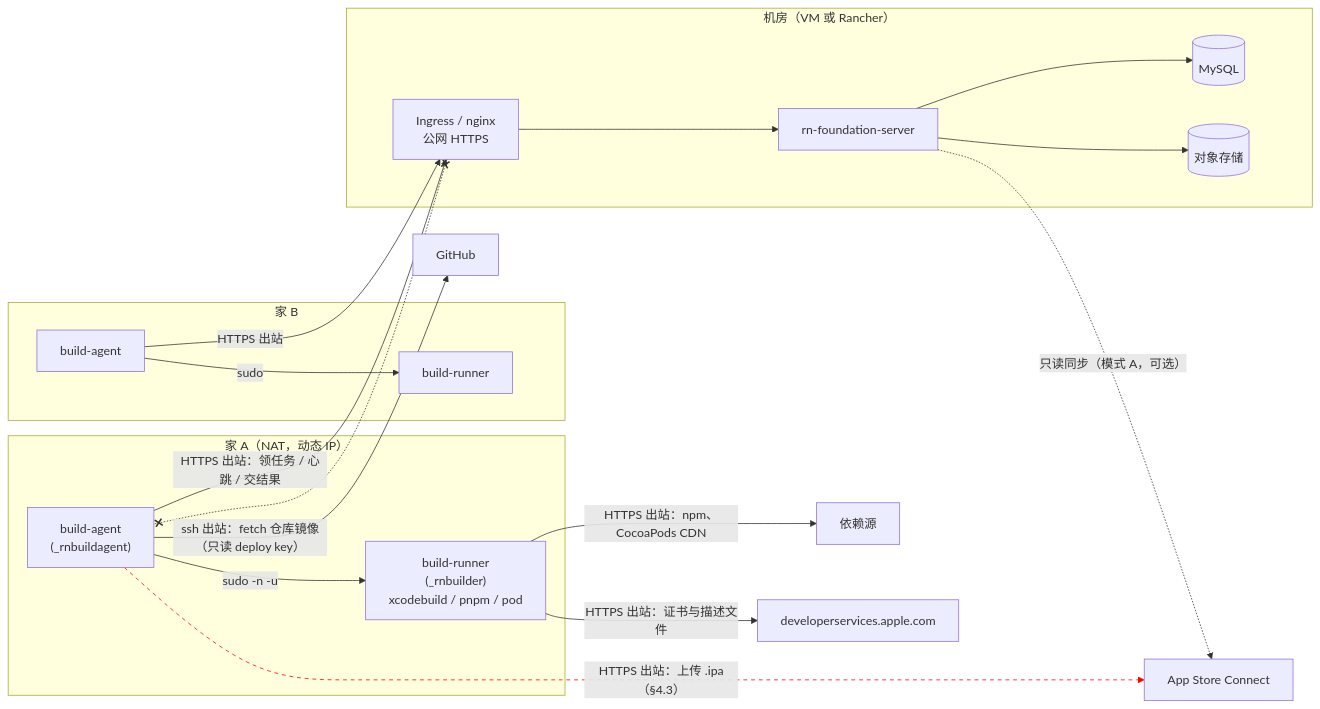
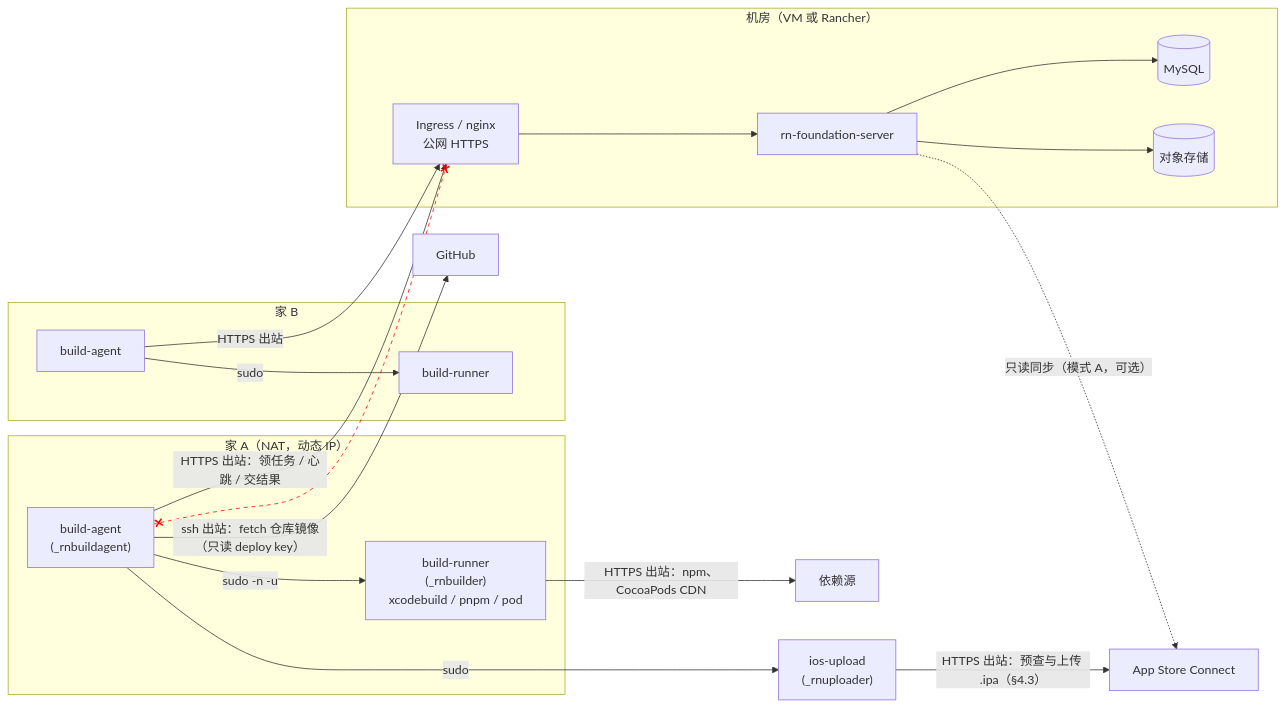
The first of 2 diagrams in docs/design/ios-mac-builders-home-network-2026-09-18.md (Helix2010/RN-Server), drawn with Mermaid before and after one commit. The commit also changed other lines of this file, not shown here.

````diff
--- a/docs/design/ios-mac-builders-home-network-2026-09-18.md
+++ b/docs/design/ios-mac-builders-home-network-2026-09-18.md
@@ -38,23 +39,23 @@
 ```mermaid
 flowchart LR
   subgraph home1["家 A（NAT，动态 IP）"]
     A1["build-agent<br/>(_rnbuildagent)"] -->|sudo -n -u| R1["build-runner<br/>(_rnbuilder)<br/>xcodebuild / pnpm / pod"]
   end
   subgraph home2["家 B"]
     A2["build-agent"] -->|sudo| R2["build-runner"]
   end
   subgraph dc["机房（VM 或 Rancher）"]
     ING["Ingress / nginx<br/>公网 HTTPS"] --> API["rn-foundation-server"]
     API --> DB[(MySQL)]
     API --> OBJ[(对象存储)]
   end
   A1 -->|"HTTPS 出站：领任务 / 心跳 / 交结果"| ING
   A2 -->|HTTPS 出站| ING
   A1 -->|"ssh 出站：fetch 仓库镜像（只读 deploy key）"| GH["GitHub"]
   R1 -->|"HTTPS 出站：npm、CocoaPods CDN"| REG["依赖源"]
-  R1 -->|"HTTPS 出站：证书与描述文件"| DEV["developerservices.apple.com"]
-  A1 -->|"HTTPS 出站：上传 .ipa（§4.3）"| ASC["App Store Connect"]
+  A1 -->|sudo| U1["ios-upload<br/>(_rnuploader)"]
+  U1 -->|"HTTPS 出站：预查与上传 .ipa（§4.3）"| ASC["App Store Connect"]
   API -.->|"只读同步（模式 A，可选）"| ASC
   ING x-.-x A1
-  linkStyle 10 stroke:red,stroke-dasharray: 5 5
+  linkStyle 12 stroke:red,stroke-dasharray: 5 5
 ```
````
